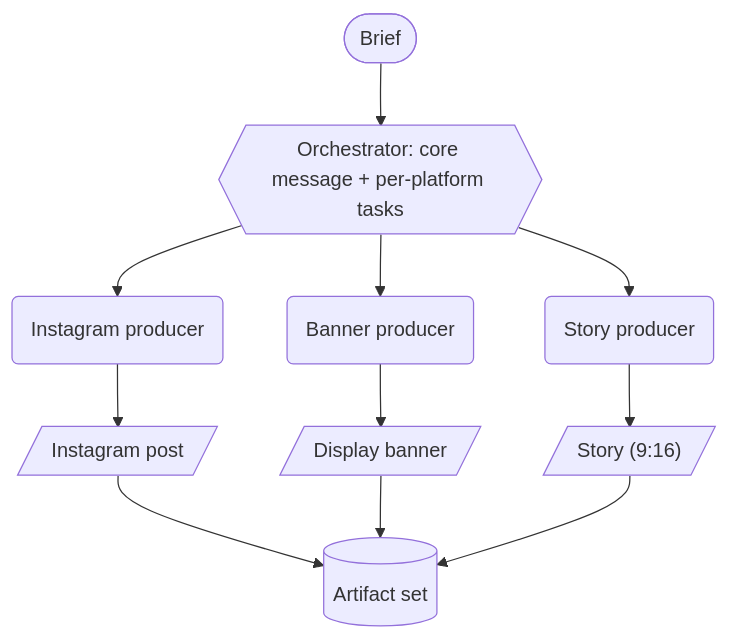
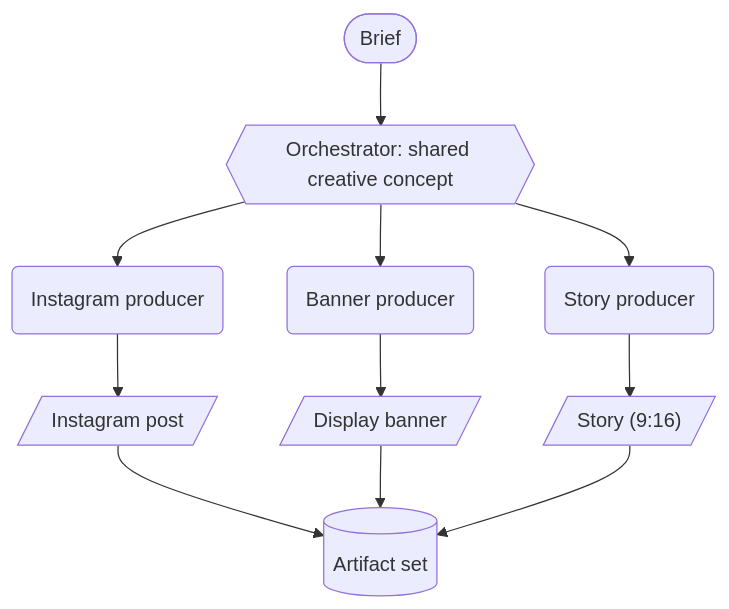
Before and after one commit to SpyrexDE/bachelor-thesis: the third of 4 diagrams in concept/01-topologies.md, drawn with Mermaid. The commit also changed other lines of this file and 7 other files, not shown here.

````diff
--- a/concept/01-topologies.md
+++ b/concept/01-topologies.md
@@ -59,13 +79,13 @@
 ```mermaid
 flowchart TB
-  B(["Brief"]) --> O{{"Orchestrator: core message + per-platform tasks"}}
+  B(["Brief"]) --> O{{"Orchestrator: shared creative concept"}}
   O --> P1("Instagram producer")
   O --> P2("Banner producer")
   O --> P3("Story producer")
   P1 --> IG[/"Instagram post"/]
   P2 --> AD[/"Display banner"/]
   P3 --> FB[/"Story (9:16)"/]
   IG --> S[("Artifact set")]
   AD --> S
   FB --> S
 ```
````
